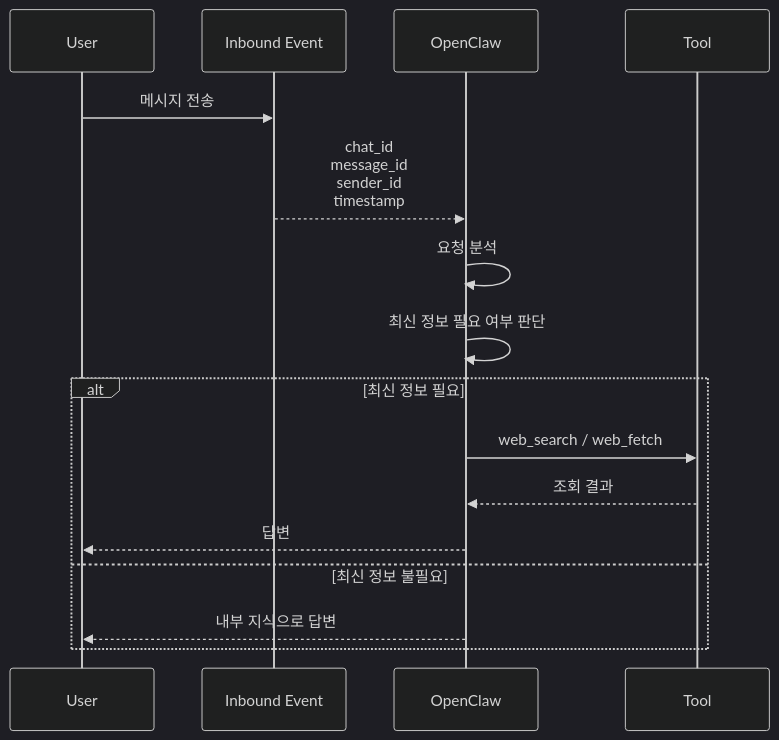
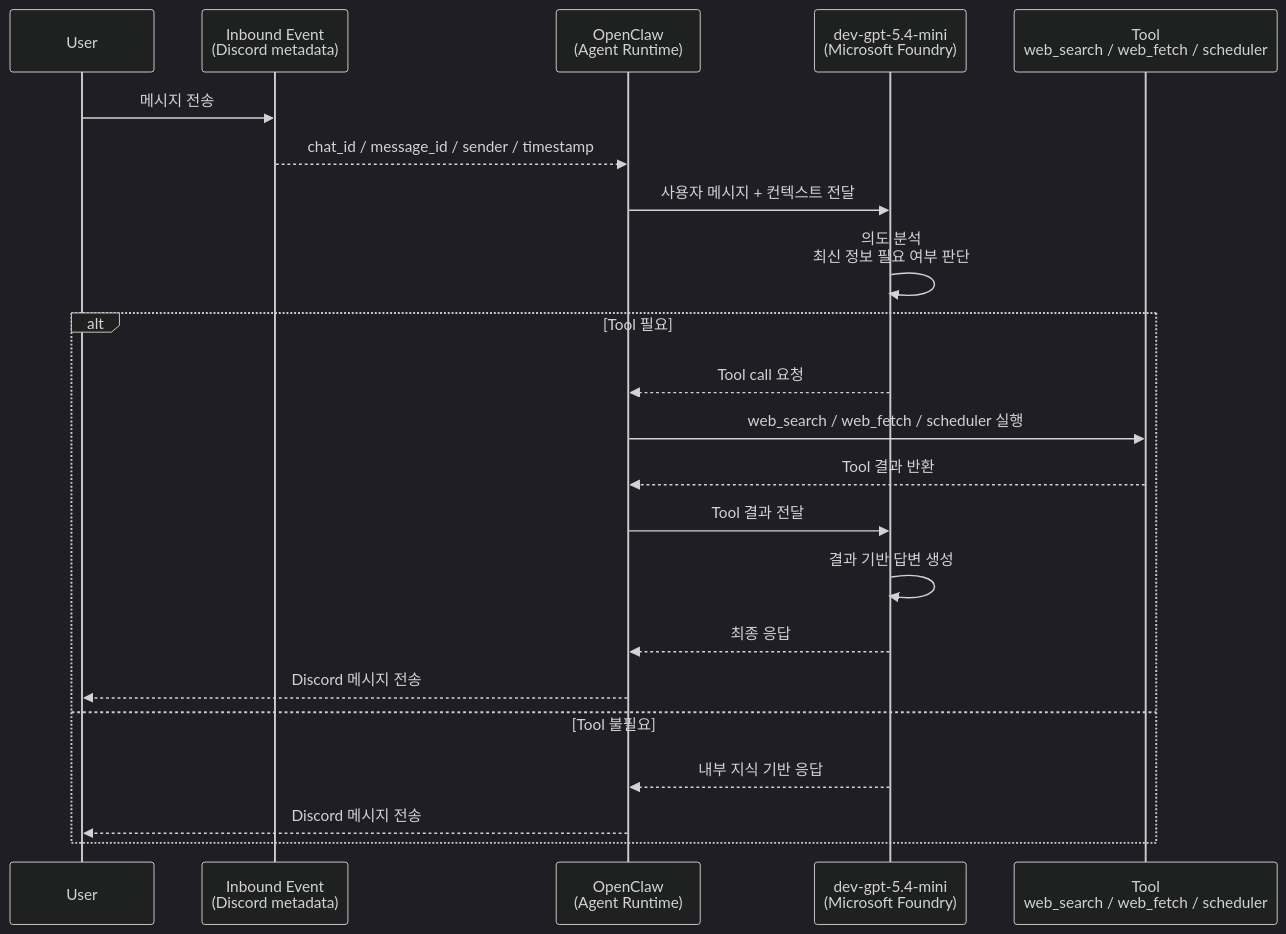
The second of 2 diagrams in Day3/Hour0930_ToolCalling.md (git-interual/agent_course_2606), drawn with Mermaid (dark theme) before and after one commit. The commit also changed 6 other files, not shown here.

Commit message:
OpenClaw 에서 Tool Calling Sequence Diagram 에 LLM 주체 추가.

````diff
--- a/Day3/Hour0930_ToolCalling.md
+++ b/Day3/Hour0930_ToolCalling.md
@@ -217,30 +217,27 @@
 ```mermaid
 sequenceDiagram
+    participant U as User
+    participant E as Inbound Event<br/>(Discord metadata)
+    participant O as OpenClaw<br/>(Agent Runtime)
+    participant L as dev-gpt-5.4-mini<br/>(Microsoft Foundry)
+    participant T as Tool<br/>web_search / web_fetch / scheduler
 
-participant U as User
-participant E as Inbound Event
-participant A as OpenClaw
-participant T as Tool
+    U->>E: 메시지 전송
+    E-->>O: chat_id / message_id / sender / timestamp
 
-U->>E: 메시지 전송
+    O->>L: 사용자 메시지 + 컨텍스트 전달
+    L->>L: 의도 분석<br/>최신 정보 필요 여부 판단
 
-E-->>A: chat_id<br/>message_id<br/>sender_id<br/>timestamp
-
-A->>A: 요청 분석
-
-A->>A: 최신 정보 필요 여부 판단
-
-alt 최신 정보 필요
-
-    A->>T: web_search / web_fetch
-
-    T-->>A: 조회 결과
-
-    A-->>U: 답변
-
-else 최신 정보 불필요
-
-    A-->>U: 내부 지식으로 답변
-
-end
+    alt Tool 필요
+        L-->>O: Tool call 요청
+        O->>T: web_search / web_fetch / scheduler 실행
+        T-->>O: Tool 결과 반환
+        O->>L: Tool 결과 전달
+        L->>L: 결과 기반 답변 생성
+        L-->>O: 최종 응답
+        O-->>U: Discord 메시지 전송
+    else Tool 불필요
+        L-->>O: 내부 지식 기반 응답
+        O-->>U: Discord 메시지 전송
+    end
 ```
````
